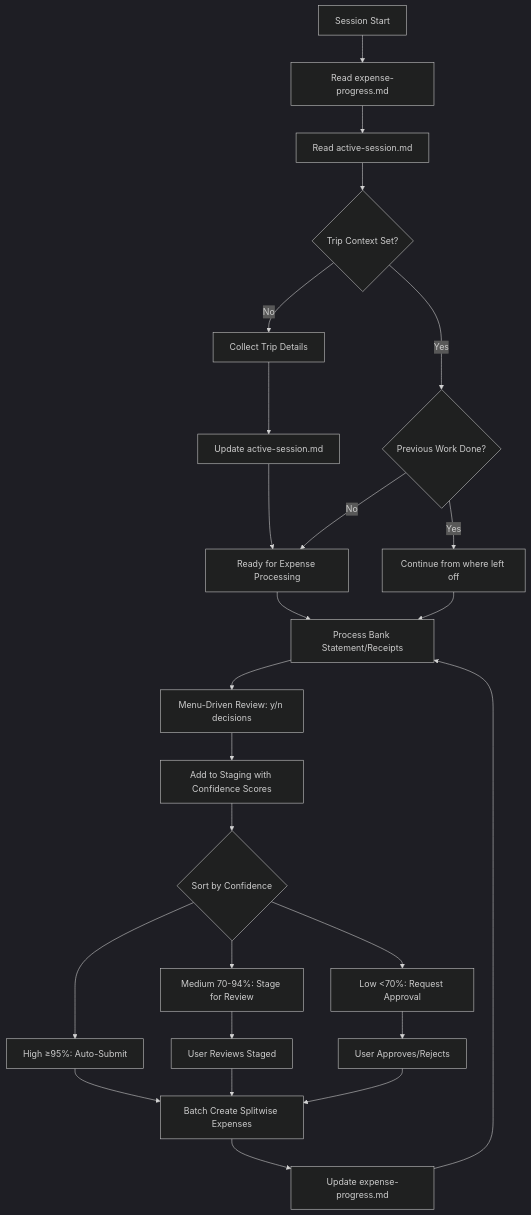
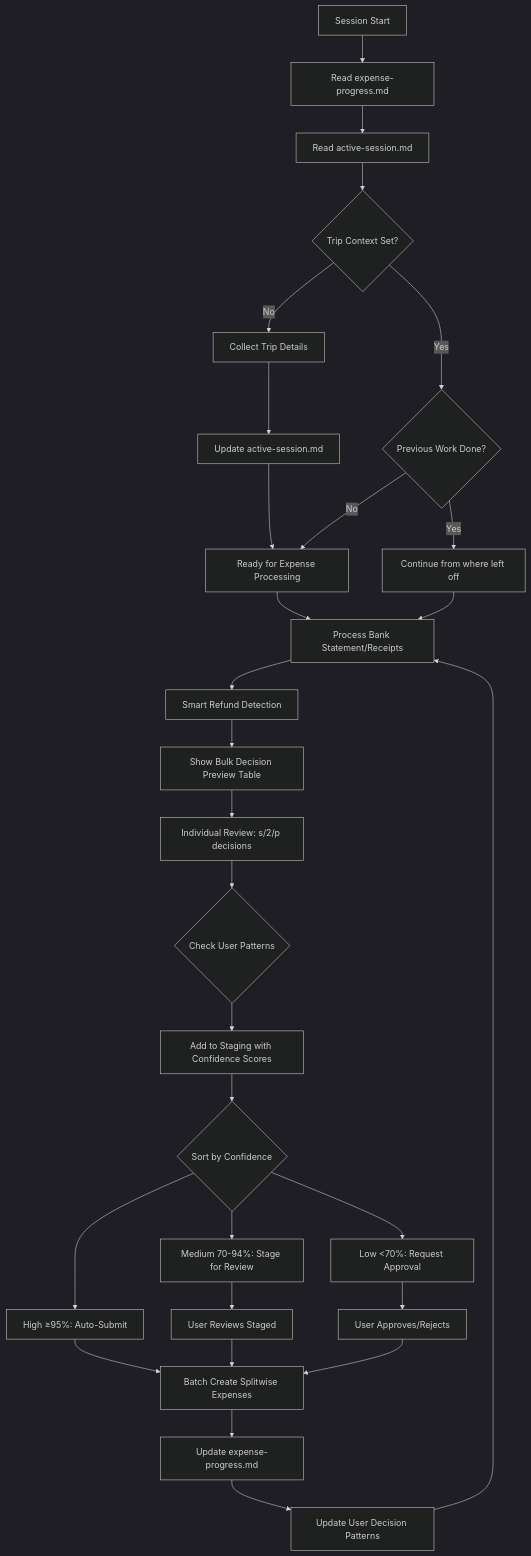
Before and after one commit to RadonX/splitsmart: the second of 2 diagrams in docs/memory_bank/README.md, drawn with Mermaid (dark theme). The commit also changed other lines of this file, not shown here.

First line of the commit message:
docs: Update memory bank README diagrams to reflect current workflow

````diff
--- a/docs/memory_bank/README.md
+++ b/docs/memory_bank/README.md
@@ -31,33 +34,37 @@
 ```mermaid
 flowchart TD
     Start[Session Start] --> ReadProgress[Read expense-progress.md]
     ReadProgress --> ReadContext[Read active-session.md]
     ReadContext --> CheckContext{Trip Context Set?}
     
     CheckContext -->|No| SetupTrip[Collect Trip Details]
     SetupTrip --> UpdateContext[Update active-session.md]
     UpdateContext --> ReadyToProcess[Ready for Expense Processing]
     
     CheckContext -->|Yes| CheckProgress{Previous Work Done?}
     CheckProgress -->|No| ReadyToProcess
     CheckProgress -->|Yes| ContinueWork[Continue from where left off]
     
     ReadyToProcess --> ProcessDocs[Process Bank Statement/Receipts]
     ContinueWork --> ProcessDocs
-    ProcessDocs --> MenuReview[Menu-Driven Review: y/n decisions]
-    MenuReview --> StagingArea[Add to Staging with Confidence Scores]
+    ProcessDocs --> RefundFilter[Smart Refund Detection]
+    RefundFilter --> BulkPreview[Show Bulk Decision Preview Table]
+    BulkPreview --> IndividualReview[Individual Review: s/2/p decisions]
+    IndividualReview --> PatternCheck{Check User Patterns}
+    PatternCheck --> StagingArea[Add to Staging with Confidence Scores]
     StagingArea --> ConfidenceSort{Sort by Confidence}
     
     ConfidenceSort --> HighConf[High ≥95%: Auto-Submit]
     ConfidenceSort --> MedConf[Medium 70-94%: Stage for Review]
     ConfidenceSort --> LowConf[Low <70%: Request Approval]
     
     HighConf --> BatchSubmit[Batch Create Splitwise Expenses]
     MedConf --> UserReview[User Reviews Staged]
     LowConf --> UserApproval[User Approves/Rejects]
     
     UserReview --> BatchSubmit
     UserApproval --> BatchSubmit
     BatchSubmit --> UpdateProgress[Update expense-progress.md]
-    UpdateProgress --> ProcessDocs
+    UpdateProgress --> LearnPatterns[Update User Decision Patterns]
+    LearnPatterns --> ProcessDocs
 ```
````
